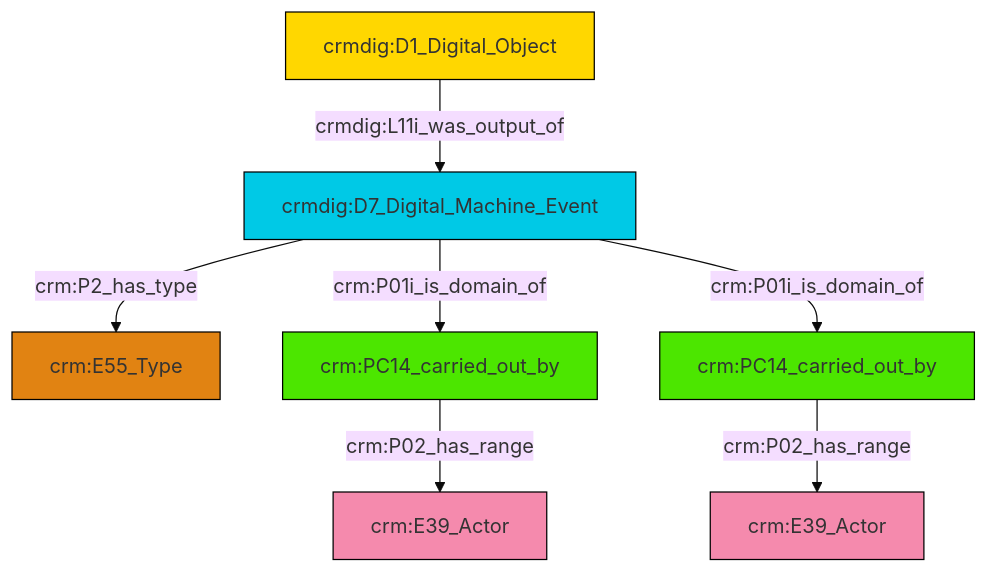
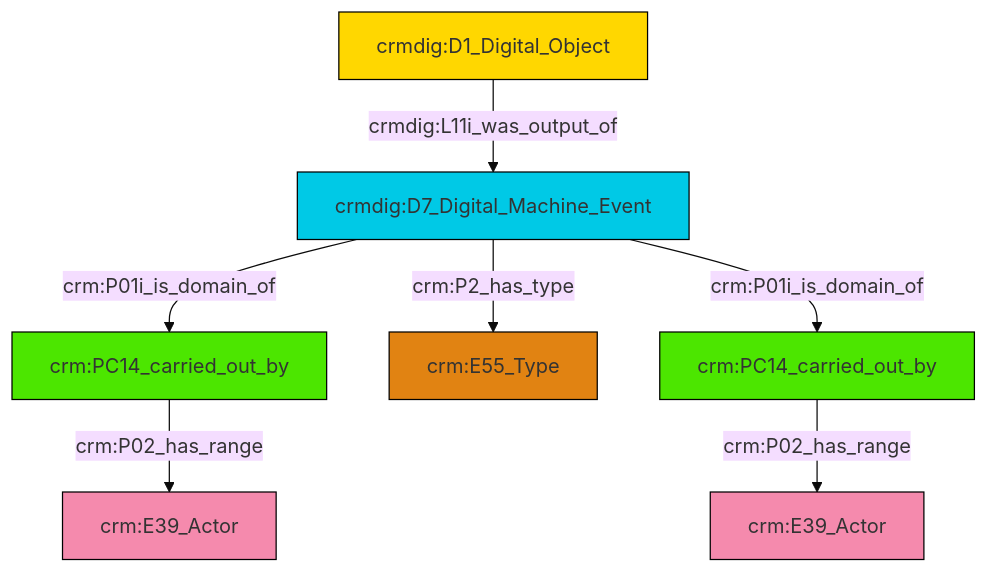
Before and after one commit to swiss-art-research-net/docs.swissartresearch: the diagram in et/doCSV/ttl/mmd/do_actor_relations.ttl.mmd, drawn with Mermaid (base theme). The commit also changed 171 other files, not shown here.

```diff
--- a/et/doCSV/ttl/mmd/do_actor_relations.ttl.mmd
+++ b/et/doCSV/ttl/mmd/do_actor_relations.ttl.mmd
@@ -1,21 +1,21 @@
 graph TD
 classDef Literal fill:#f2f2f2,stroke:#000000;
 classDef CRM_Entity fill:#FFFFFF,stroke:#000000;
 classDef Temporal_Entity fill:#00C9E6, stroke:#000000;
 classDef Type fill:#E18312, stroke:#000000;
 classDef Time-Span fill:#2C9C91, stroke:#000000;
 classDef Appellation fill:#FFEB7F, stroke:#000000;
 classDef Place fill:#008836, stroke:#000000;
 classDef Persistent_Item fill:#B266B2, stroke:#000000;
 classDef Conceptual_Object fill:#FFD700, stroke:#000000;
 classDef Physical_Thing fill:#D2B48C, stroke:#000000;
 classDef Actor fill:#f58aad, stroke:#000000;
 classDef PC_Classes fill:#4ce600, stroke:#000000;
 classDef Multi fill:#cccccc,stroke:#000000;
 
-7["crmdig:D7_Digital_Machine_Event"]:::Temporal_Entity -->|crm:P01i_is_domain_of| 9["crm:PC14_carried_out_by"]:::PC_Classes
-7["crmdig:D7_Digital_Machine_Event"]:::Temporal_Entity -->|crm:P2_has_type| 0["crm:E55_Type"]:::Type
-12["crm:PC14_carried_out_by"]:::PC_Classes -->|crm:P02_has_range| 10["crm:E39_Actor"]:::Actor
-4["crmdig:D1_Digital_Object"]:::Conceptual_Object -->|crmdig:L11i_was_output_of| 7["crmdig:D7_Digital_Machine_Event"]:::Temporal_Entity
-7["crmdig:D7_Digital_Machine_Event"]:::Temporal_Entity -->|crm:P01i_is_domain_of| 12["crm:PC14_carried_out_by"]:::PC_Classes
-9["crm:PC14_carried_out_by"]:::PC_Classes -->|crm:P02_has_range| 2["crm:E39_Actor"]:::Actor
+5["crmdig:D7_Digital_Machine_Event"]:::Temporal_Entity -->|crm:P01i_is_domain_of| 0["crm:PC14_carried_out_by"]:::PC_Classes
+0["crm:PC14_carried_out_by"]:::PC_Classes -->|crm:P02_has_range| 10["crm:E39_Actor"]:::Actor
+5["crmdig:D7_Digital_Machine_Event"]:::Temporal_Entity -->|crm:P2_has_type| 2["crm:E55_Type"]:::Type
+8["crm:PC14_carried_out_by"]:::PC_Classes -->|crm:P02_has_range| 11["crm:E39_Actor"]:::Actor
+5["crmdig:D7_Digital_Machine_Event"]:::Temporal_Entity -->|crm:P01i_is_domain_of| 8["crm:PC14_carried_out_by"]:::PC_Classes
+13["crmdig:D1_Digital_Object"]:::Conceptual_Object -->|crmdig:L11i_was_output_of| 5["crmdig:D7_Digital_Machine_Event"]:::Temporal_Entity
```
